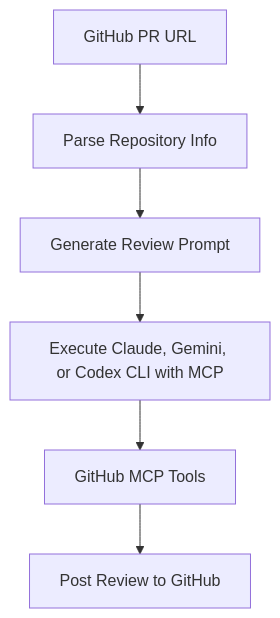
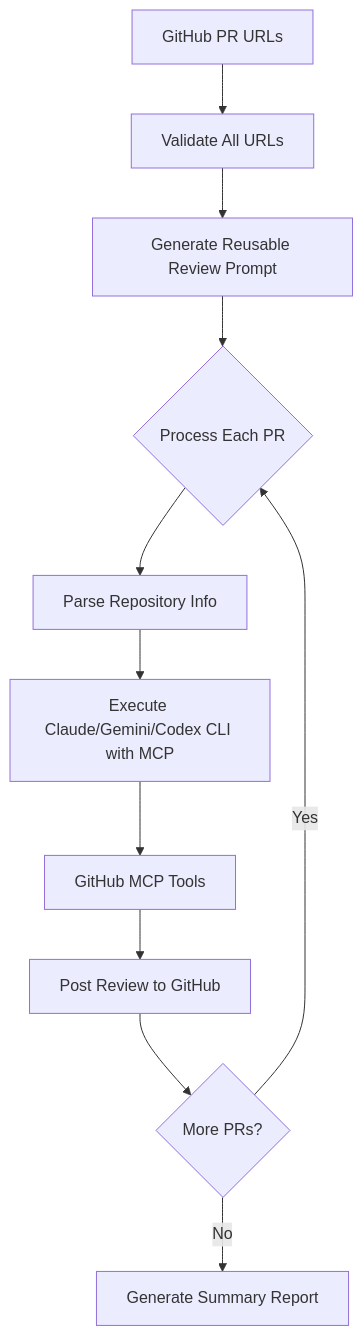
One commit to sychus/CodeReviewMCP changed the diagram in README.md. Above: the diagram before and after it, drawn with Mermaid. The commit also changed other lines of this file and 1 other file, not shown here.

Commit message:
Enhance codereview.sh to support batch processing of multiple GitHub PRs, allowing users to validate multiple URLs and generate a comprehensive summary report. Updated README.md to reflect new features, including batch processing capabilities and improved usage examples.

````diff
--- a/README.md
+++ b/README.md
@@ -113,8 +123,13 @@
 ```mermaid
 graph TD
-    A[GitHub PR URL] --> B[Parse Repository Info]
-    B --> C[Generate Review Prompt]
-    C --> D[Execute Claude, Gemini, or Codex CLI with MCP]
-    D --> E[GitHub MCP Tools]
-    E --> F[Post Review to GitHub]
+    A[GitHub PR URLs] --> B[Validate All URLs]
+    B --> C[Generate Reusable Review Prompt]
+    C --> D{Process Each PR}
+    D --> E[Parse Repository Info]
+    E --> F[Execute Claude/Gemini/Codex CLI with MCP]
+    F --> G[GitHub MCP Tools]
+    G --> H[Post Review to GitHub]
+    H --> I{More PRs?}
+    I -->|Yes| D
+    I -->|No| J[Generate Summary Report]
 ```
````
